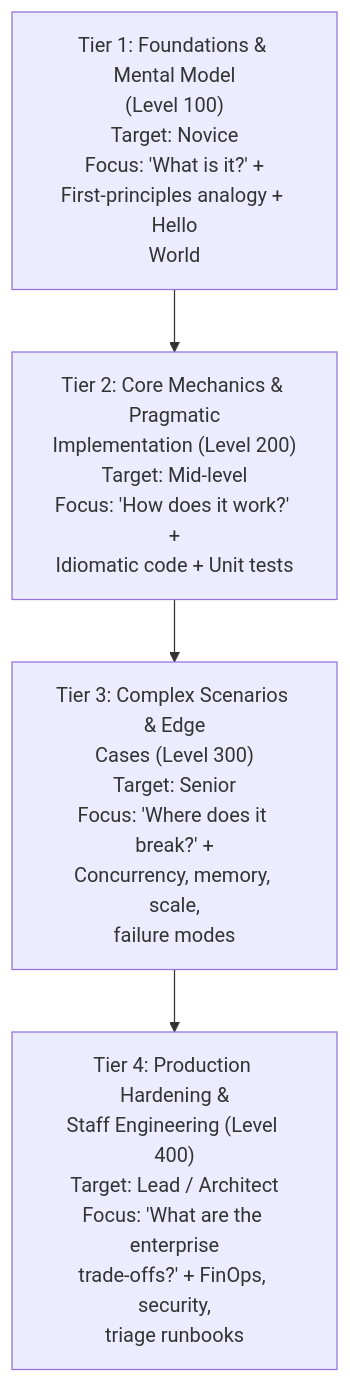
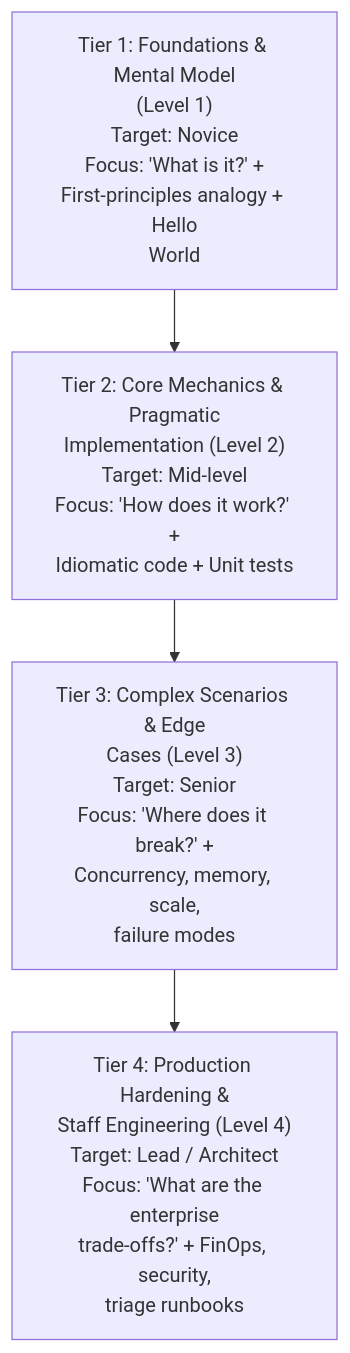
The second of 2 diagrams in .agents/skills/coding-learning-repo-architect/SKILL.md (santoshjammi29/moderndataengineer), drawn with Mermaid before and after one commit. The commit also changed other lines of this file and 134 other files, not shown here.

````diff
--- a/.agents/skills/coding-learning-repo-architect/SKILL.md
+++ b/.agents/skills/coding-learning-repo-architect/SKILL.md
@@ -246,9 +246,9 @@
 ```mermaid
 flowchart TD
-    T1["Tier 1: Foundations & Mental Model<br/>(Level 100)<br/>Target: Novice<br/>Focus: 'What is it?' +<br/>First-principles analogy + Hello<br/>World"]
-    T2["Tier 2: Core Mechanics & Pragmatic<br/>Implementation (Level 200)<br/>Target: Mid-level<br/>Focus: 'How does it work?' +<br/>Idiomatic code + Unit tests"]
-    T3["Tier 3: Complex Scenarios & Edge<br/>Cases (Level 300)<br/>Target: Senior<br/>Focus: 'Where does it break?' +<br/>Concurrency, memory, scale,<br/>failure modes"]
-    T4["Tier 4: Production Hardening &<br/>Staff Engineering (Level 400)<br/>Target: Lead / Architect<br/>Focus: 'What are the enterprise<br/>trade-offs?' + FinOps, security,<br/>triage runbooks"]
+    T1["Tier 1: Foundations & Mental Model<br/>(Level 1)<br/>Target: Novice<br/>Focus: 'What is it?' +<br/>First-principles analogy + Hello<br/>World"]
+    T2["Tier 2: Core Mechanics & Pragmatic<br/>Implementation (Level 2)<br/>Target: Mid-level<br/>Focus: 'How does it work?' +<br/>Idiomatic code + Unit tests"]
+    T3["Tier 3: Complex Scenarios & Edge<br/>Cases (Level 3)<br/>Target: Senior<br/>Focus: 'Where does it break?' +<br/>Concurrency, memory, scale,<br/>failure modes"]
+    T4["Tier 4: Production Hardening &<br/>Staff Engineering (Level 4)<br/>Target: Lead / Architect<br/>Focus: 'What are the enterprise<br/>trade-offs?' + FinOps, security,<br/>triage runbooks"]
 
     T1 --> T2 --> T3 --> T4
 ```
````
